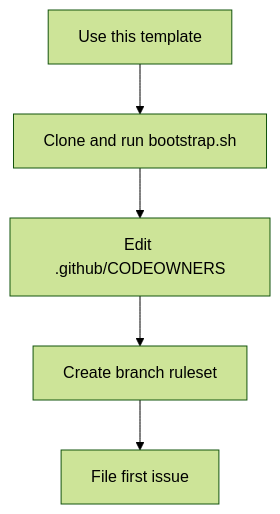
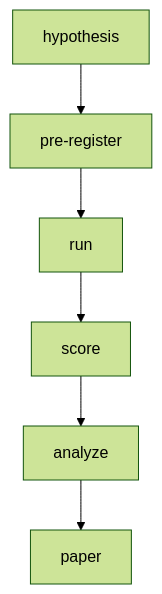
Before and after one commit to clouatre-labs/template-exp-repo: the diagram in README.md, drawn with Mermaid (forest theme). The commit also changed other lines of this file and 14 other files, not shown here.

````diff
--- a/README.md
+++ b/README.md
@@ -38,7 +12,8 @@
 ```mermaid
 graph TD
-    A[Use this template] --> B[Clone and run bootstrap.sh]
-    B --> C[Edit .github/CODEOWNERS]
-    C --> D[Create branch ruleset]
-    D --> E[File first issue]
+    A[hypothesis] --> B[pre-register]
+    B --> C[run]
+    C --> D[score]
+    D --> E[analyze]
+    E --> F[paper]
 ```
````
